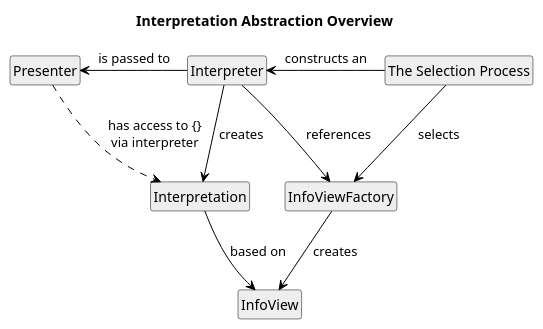
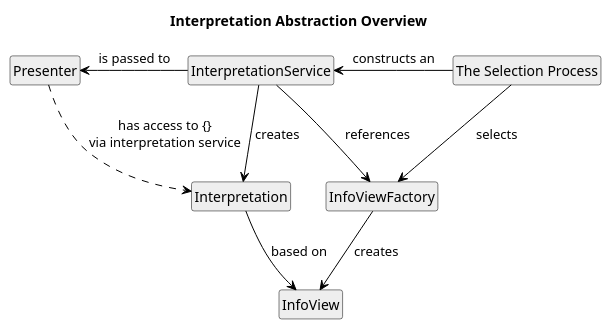
The diagram in docs/source/documentation/layers/interpretation.rst (blackfennec-org/blackfennec), drawn with PlantUML before and after one commit. The commit also changed other lines of this file and 17 other files, not shown here.

Commit message:
Rename interpreter to interpretation service

```diff
--- a/docs/source/documentation/layers/interpretation.rst
+++ b/docs/source/documentation/layers/interpretation.rst
@@ -5,35 +5,35 @@
 .. uml::
     
     @startuml
 
     hide circle
     hide members
     hide methods
 
     skinparam class {
         BackgroundColor #EEE
         ArrowColor Black
         BorderColor Black
     }
     
     title Interpretation Abstraction Overview
     
     class Presenter {}
-    class Interpreter {}
+    class InterpretationService {}
     class Interpretation {}
     class "The Selection Process" as tsp
     class InfoViewFactory {}
     class InfoView {}
     
-    Interpreter     -left-> Presenter       : is passed to
-    Interpreter     -->     Interpretation  : creates
-    Interpreter     -->     InfoViewFactory : references
+    InterpretationService     -left-> Presenter       : is passed to
+    InterpretationService     -->     Interpretation  : creates
+    InterpretationService     -->     InfoViewFactory : references
     Interpretation  -->     InfoView        : based on
-    tsp             -left-> Interpreter     : constructs an
+    tsp             -left-> InterpretationService     : constructs an
     tsp             -->     InfoViewFactory : selects
     InfoViewFactory -->     InfoView        : creates
 
-    Presenter       .down.> Interpretation  : has access to {}\nvia interpreter
+    Presenter       .down.> Interpretation  : has access to {}\nvia interpretation service
     
 
     @enduml
```
